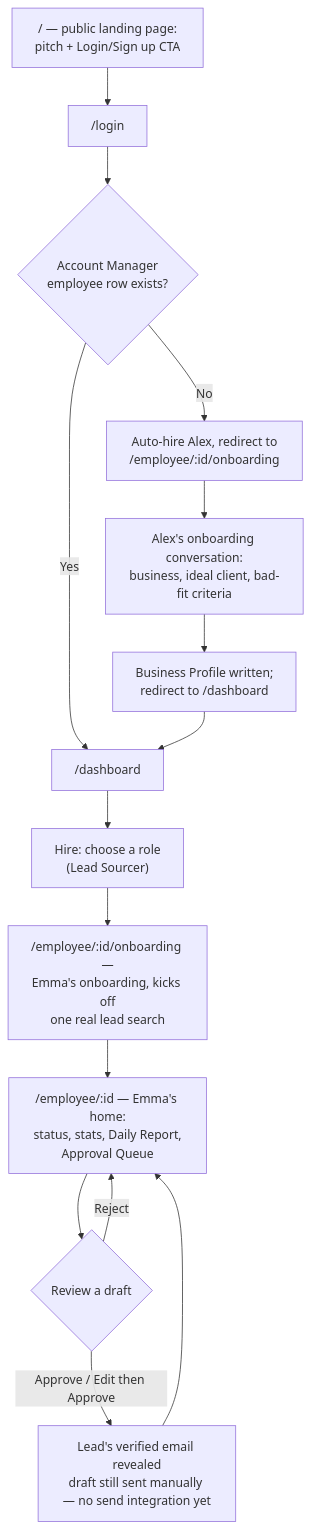
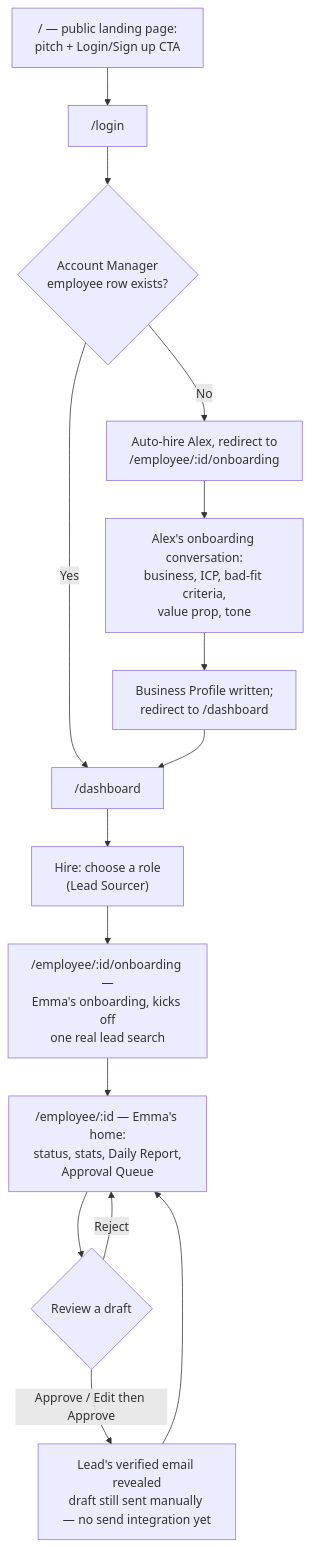
Before and after one commit to madhavsharma2106/ai-workforce-web-app: the diagram in docs/USER_JOURNEY.md, drawn with Mermaid. The commit also changed other lines of this file and 4 other files, not shown here.

````diff
--- a/docs/USER_JOURNEY.md
+++ b/docs/USER_JOURNEY.md
@@ -20,17 +20,17 @@
 ```mermaid
 flowchart TD
     A["/ — public landing page:<br/>pitch + Login/Sign up CTA"] --> B["/login"]
     B --> C{Account Manager<br/>employee row exists?}
     C -->|No| D["Auto-hire Alex, redirect to<br/>/employee/:id/onboarding"]
-    D --> E["Alex's onboarding conversation:<br/>business, ideal client, bad-fit criteria"]
+    D --> E["Alex's onboarding conversation:<br/>business, ICP, bad-fit criteria,<br/>value prop, tone"]
     E --> F["Business Profile written;<br/>redirect to /dashboard"]
     C -->|Yes| F2["/dashboard"]
     F --> F2
     F2 --> G["Hire: choose a role<br/>(Lead Sourcer)"]
     G --> H["/employee/:id/onboarding —<br/>Emma's onboarding, kicks off<br/>one real lead search"]
     H --> I["/employee/:id — Emma's home:<br/>status, stats, Daily Report,<br/>Approval Queue"]
     I --> J{Review a draft}
     J -->|Approve / Edit then Approve| K[Lead's verified email revealed<br/>draft still sent manually — no send integration yet]
     J -->|Reject| I
     K --> I
 ```
````
